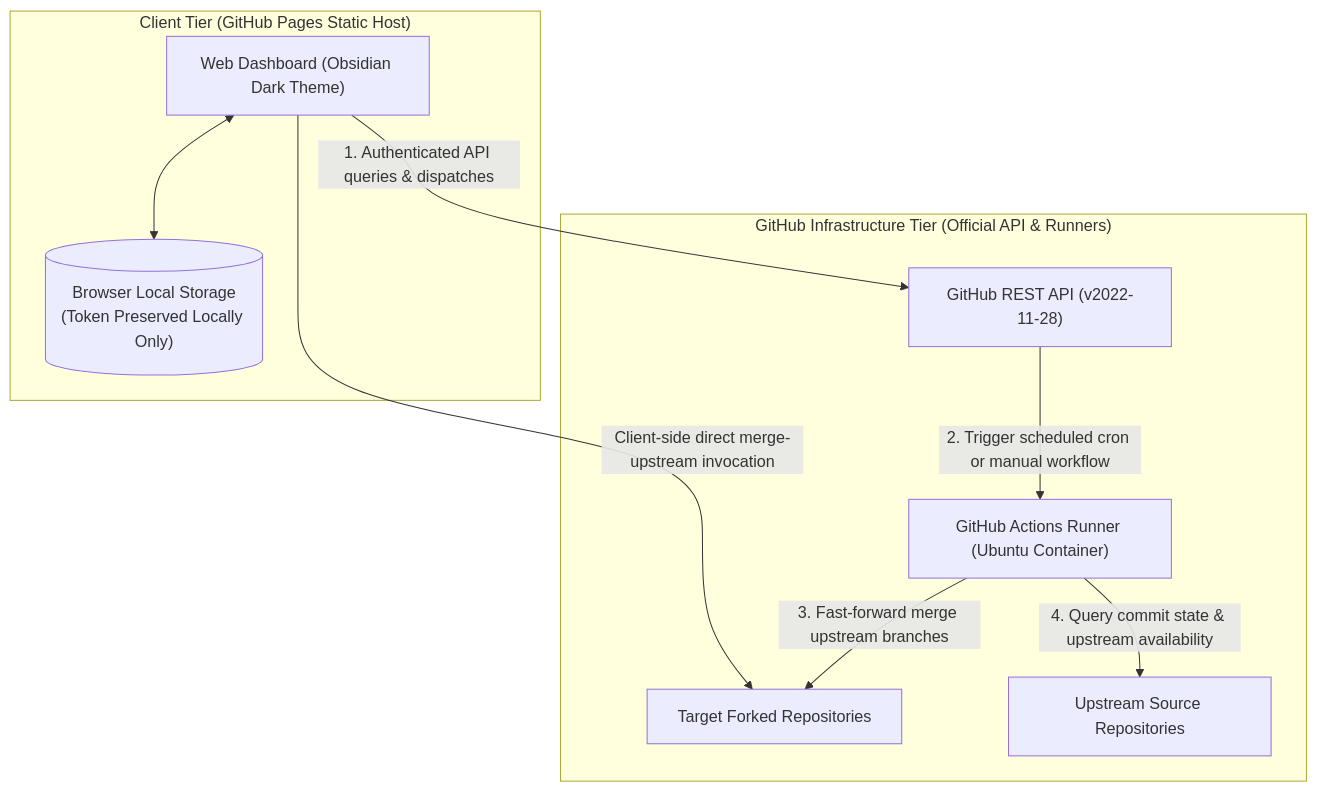
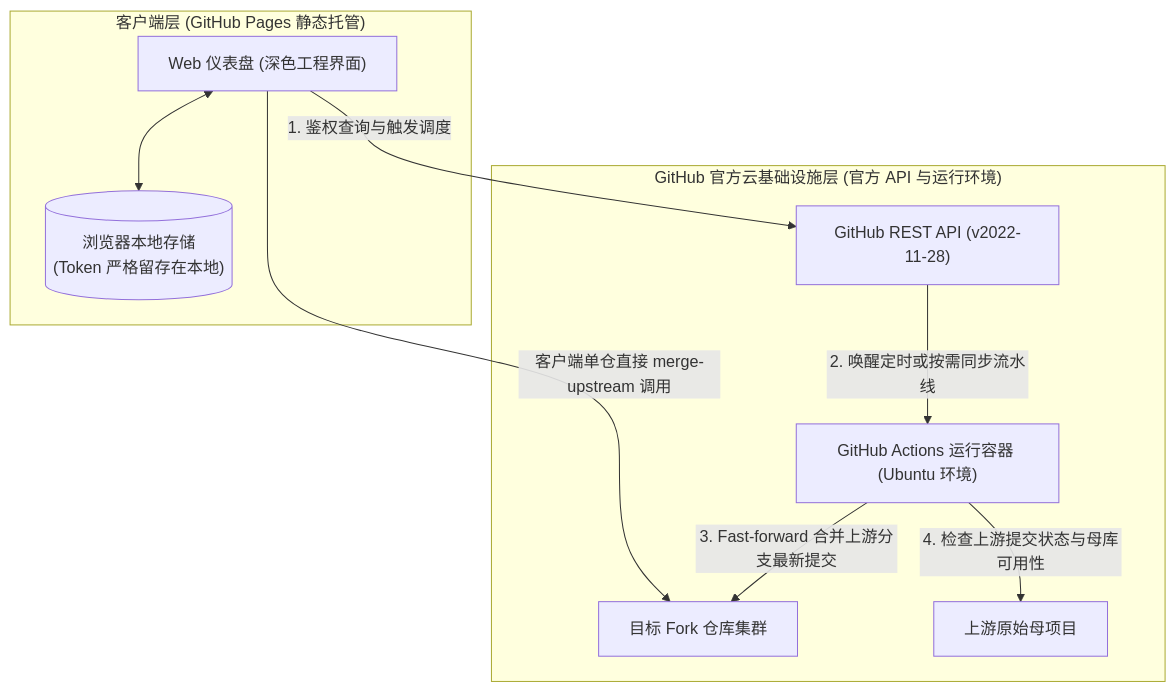
Before and after one commit to millerwilliam088/fork-auto-sync: the diagram in README.md, drawn with Mermaid. The commit also changed other lines of this file and 4 other files, not shown here.

````diff
--- a/README.md
+++ b/README.md
@@ -85,21 +85,21 @@
 ```mermaid
 flowchart TD
-    subgraph Client ["Client Tier (GitHub Pages Static Host)"]
-        Dashboard["Web Dashboard (Obsidian Dark Theme)"]
-        LocalStorage[("Browser Local Storage\n(Token Preserved Locally Only)")]
+    subgraph Client ["客户端层 (GitHub Pages 静态托管)"]
+        Dashboard["Web 仪表盘 (深色工程界面)"]
+        LocalStorage[("浏览器本地存储\n(Token 严格留存在本地)")]
         Dashboard <--> LocalStorage
     end
 
-    subgraph GitHub ["GitHub Infrastructure Tier (Official API & Runners)"]
+    subgraph GitHub ["GitHub 官方云基础设施层 (官方 API 与运行环境)"]
         RESTAPI["GitHub REST API (v2022-11-28)"]
-        WorkflowEngine["GitHub Actions Runner (Ubuntu Container)"]
-        ForkRepos["Target Forked Repositories"]
-        UpstreamRepos["Upstream Source Repositories"]
+        WorkflowEngine["GitHub Actions 运行容器 (Ubuntu 环境)"]
+        ForkRepos["目标 Fork 仓库集群"]
+        UpstreamRepos["上游原始母项目"]
     end
 
-    Dashboard -- "1. Authenticated API queries & dispatches" --> RESTAPI
-    RESTAPI -- "2. Trigger scheduled cron or manual workflow" --> WorkflowEngine
-    WorkflowEngine -- "3. Fast-forward merge upstream branches" --> ForkRepos
-    WorkflowEngine -- "4. Query commit state & upstream availability" --> UpstreamRepos
-    Dashboard -- "Client-side direct merge-upstream invocation" --> ForkRepos
+    Dashboard -- "1. 鉴权查询与触发调度" --> RESTAPI
+    RESTAPI -- "2. 唤醒定时或按需同步流水线" --> WorkflowEngine
+    WorkflowEngine -- "3. Fast-forward 合并上游分支最新提交" --> ForkRepos
+    WorkflowEngine -- "4. 检查上游提交状态与母库可用性" --> UpstreamRepos
+    Dashboard -- "客户端单仓直接 merge-upstream 调用" --> ForkRepos
 ```
````
